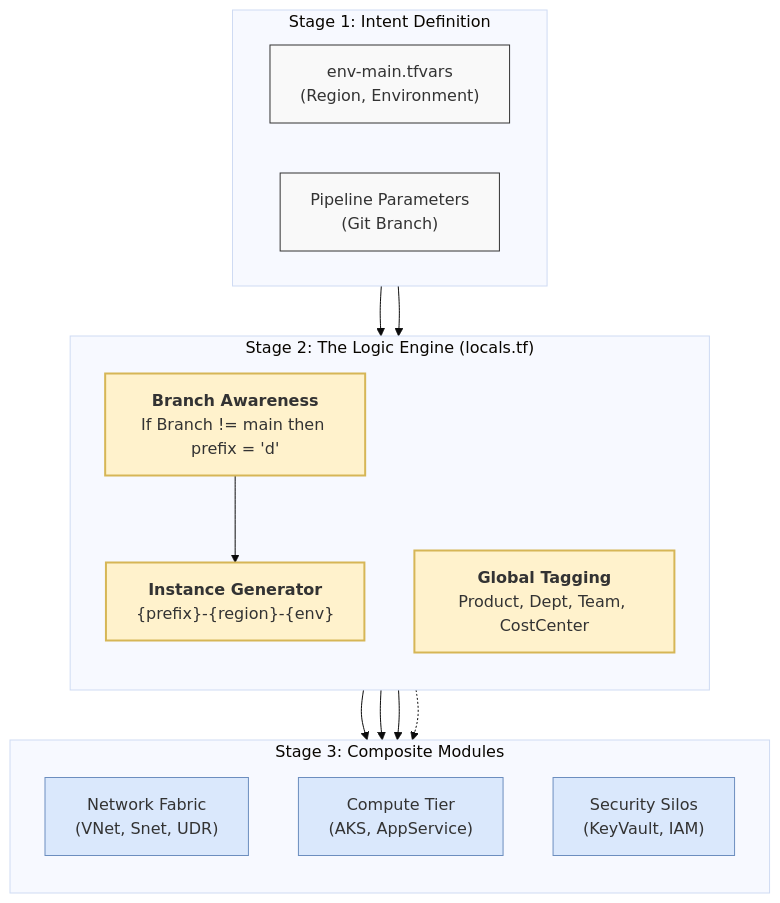
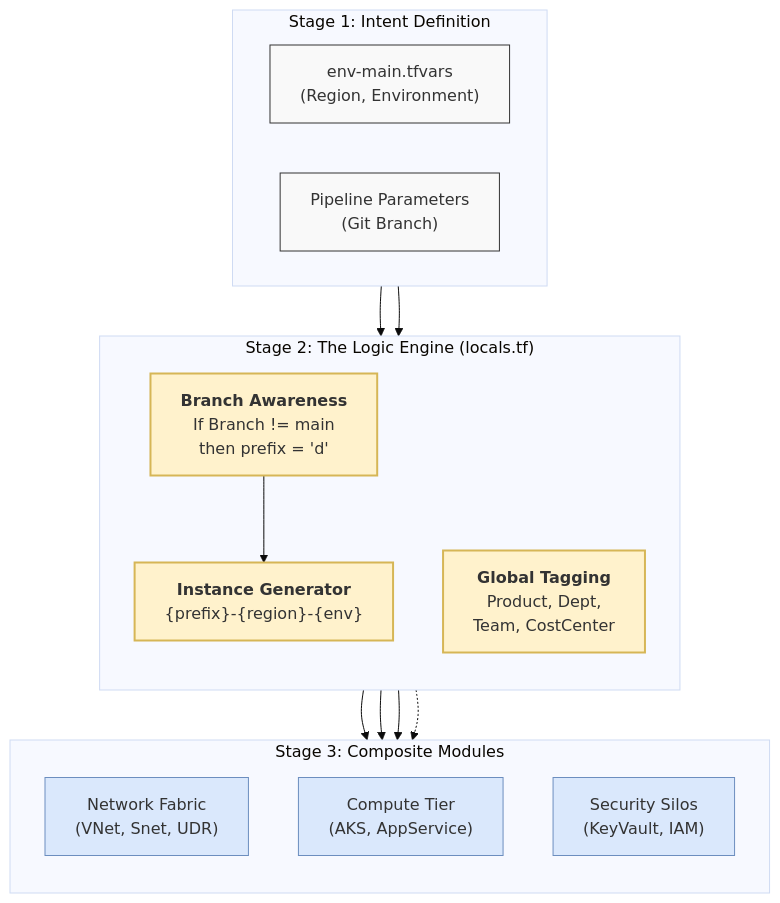
Before and after one commit to nubenetes/terraform-azure-devops: the second of 21 diagrams in README.md, drawn with Mermaid (base theme).

Commit message:
docs: fix text cutoff in 7.1 Multi-Layer Logic Lifecycle diagram

````diff
--- a/README.md
+++ b/README.md
@@ -373,34 +373,34 @@
 ```mermaid
 graph TD
     %% Class Definitions
     classDef input fill:#f9f9f9,stroke:#333,stroke-width:1px
     classDef engine fill:#fff2cc,stroke:#d6b656,stroke-width:2px
     classDef resource fill:#dae8fc,stroke:#6c8ebf,stroke-width:1px
     subgraph Inputs ["Stage 1: Intent Definition"]
         direction LR
         TFVARS["env-main.tfvars<br/>(Region, Environment)"]
         PARAM["Pipeline Parameters<br/>(Git Branch)"]
     end
     subgraph Engine ["Stage 2: The Logic Engine (locals.tf)"]
         direction TB
-        B_A["<b>Branch Awareness</b><br/>If Branch != main then prefix = 'd'"]
+        B_A["<b>Branch Awareness</b><br/>If Branch != main<br/>then prefix = 'd'"]
         I_G["<b>Instance Generator</b><br/>{prefix}-{region}-{env}"]
-        TAG["<b>Global Tagging</b><br/>Product, Dept, Team, CostCenter"]
+        TAG["<b>Global Tagging</b><br/>Product, Dept,<br/>Team, CostCenter"]
     end
     subgraph Output ["Stage 3: Composite Modules"]
         direction TB
         NET["Network Fabric<br/>(VNet, Snet, UDR)"]
         COMP["Compute Tier<br/>(AKS, AppService)"]
         SEC["Security Silos<br/>(KeyVault, IAM)"]
     end
     TFVARS --> Engine
     PARAM --> Engine
     B_A --> I_G
     I_G --> NET
     I_G --> COMP
     I_G --> SEC
     TAG -.-> Output
     class TFVARS,PARAM input
     class B_A,I_G,TAG engine
     class NET,COMP,SEC resource
 ```
````
